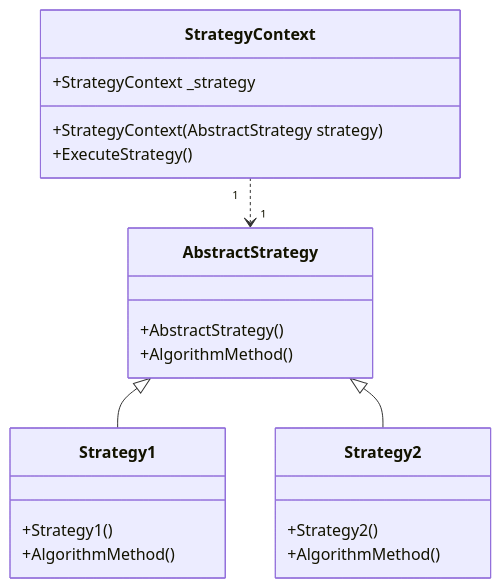
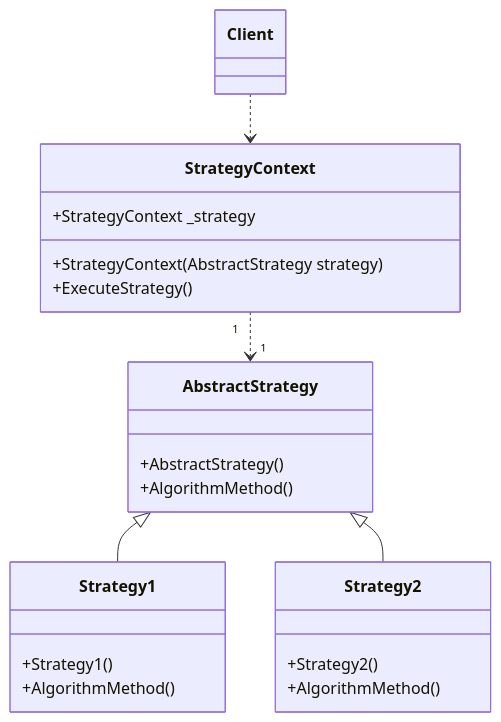
Before and after one commit to thunderstormwang/CodingNote: the first of 2 diagrams in design_pattern/strategy.md, drawn with Mermaid. The commit also changed other lines of this file and 7 other files, not shown here.

````diff
--- a/design_pattern/strategy.md
+++ b/design_pattern/strategy.md
@@ -7,27 +10,29 @@
 ```mermaid
 classDiagram
+class Client
 class StrategyContext {
     +StrategyContext _strategy
     +StrategyContext(AbstractStrategy strategy)
     +ExecuteStrategy()
 }
 
 class AbstractStrategy {
     +AbstractStrategy()
     +AlgorithmMethod()
 }
 
 class Strategy1 {
     +Strategy1()
     +AlgorithmMethod()
 }
 
 class Strategy2 {
     +Strategy2()
     +AlgorithmMethod()
 }
 
+Client ..> StrategyContext
 StrategyContext "1" ..> "1" AbstractStrategy
 AbstractStrategy <|-- Strategy1
 AbstractStrategy <|-- Strategy2
 ```
````
